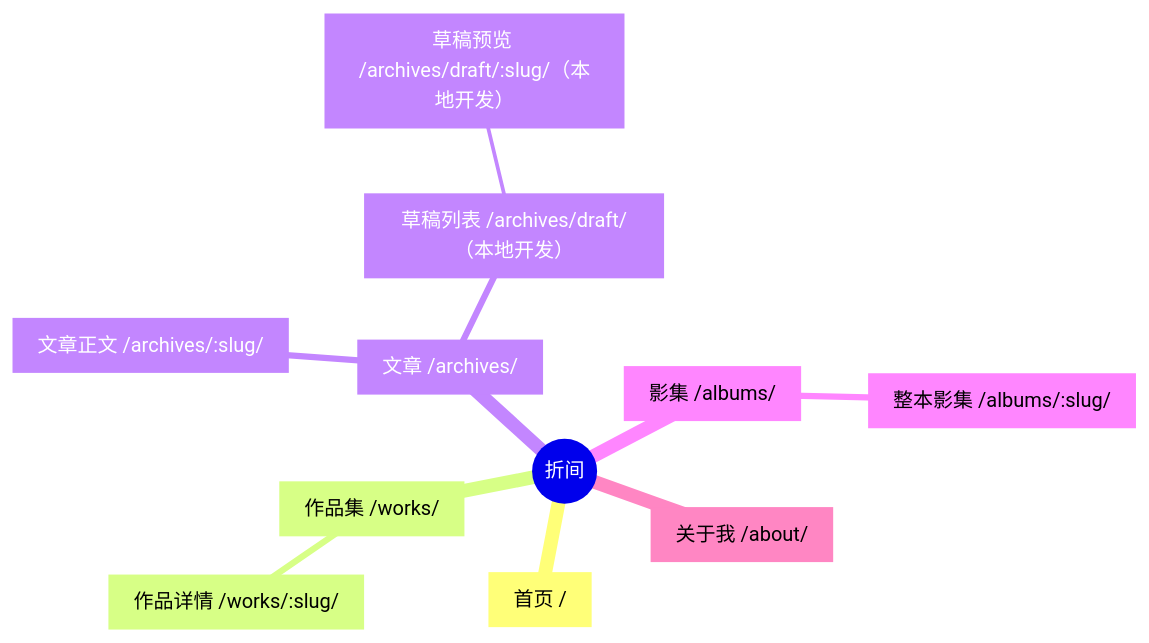
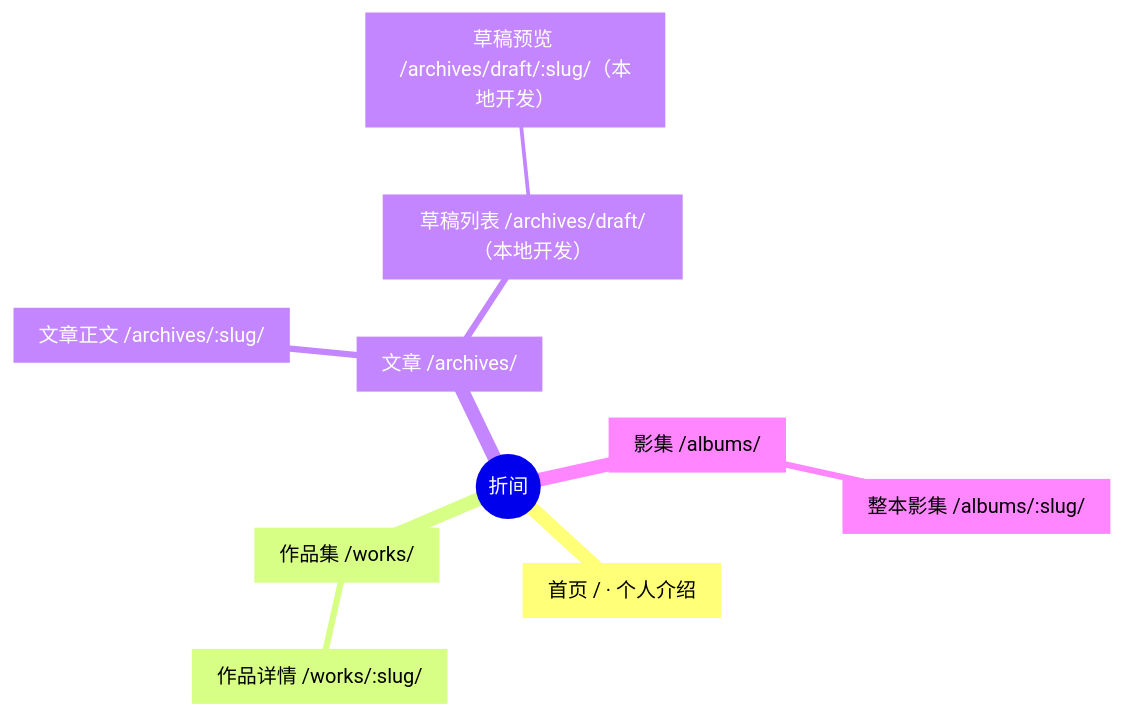
The first of 2 diagrams in docs/page-map.md (155TuT/origami-page), drawn with Mermaid before and after one commit. The commit also changed other lines of this file and 13 other files, not shown here.

````diff
--- a/docs/page-map.md
+++ b/docs/page-map.md
@@ -9,14 +9,13 @@
 ```mermaid
 mindmap
   root((折间))
-    home["首页 /"]
+    home["首页 / · 个人介绍"]
     works["作品集 /works/"]
       work["作品详情 /works/:slug/"]
     articles["文章 /archives/"]
       post["文章正文 /archives/:slug/"]
       drafts["草稿列表 /archives/draft/（本地开发）"]
         draft["草稿预览 /archives/draft/:slug/（本地开发）"]
     albums["影集 /albums/"]
       album["整本影集 /albums/:slug/"]
-    about["关于我 /about/"]
 ```
````
